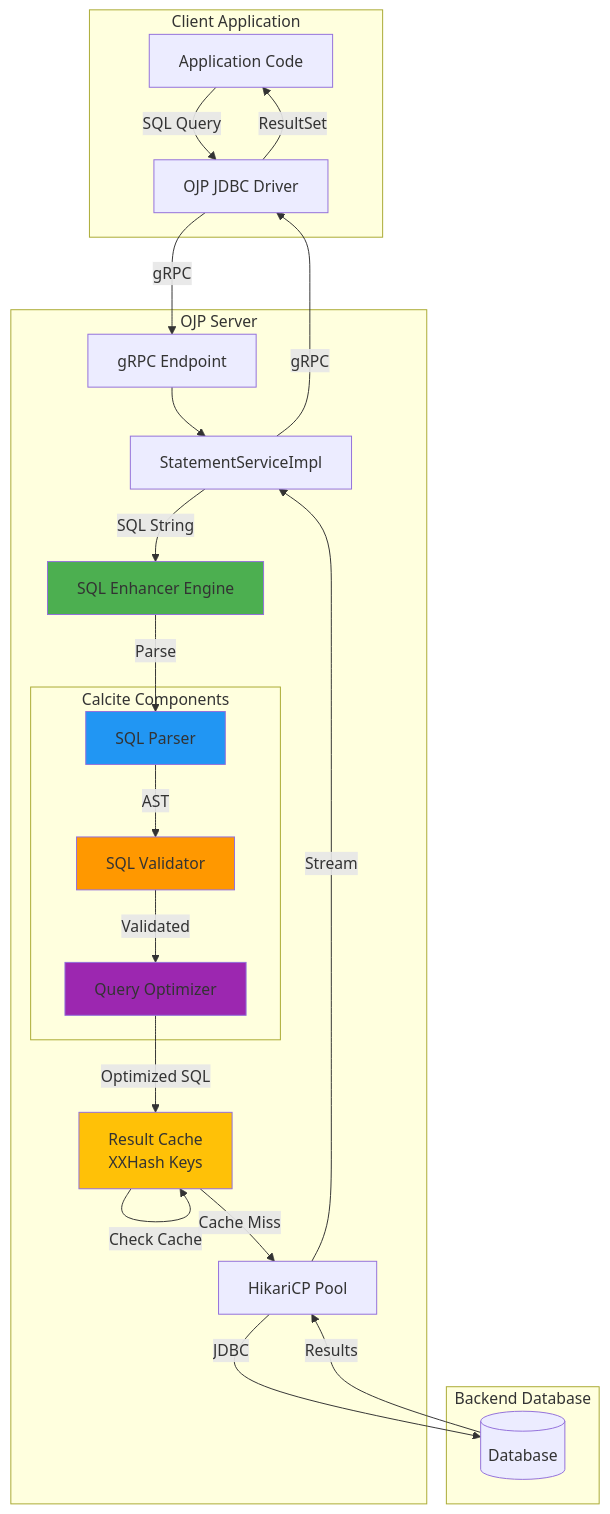
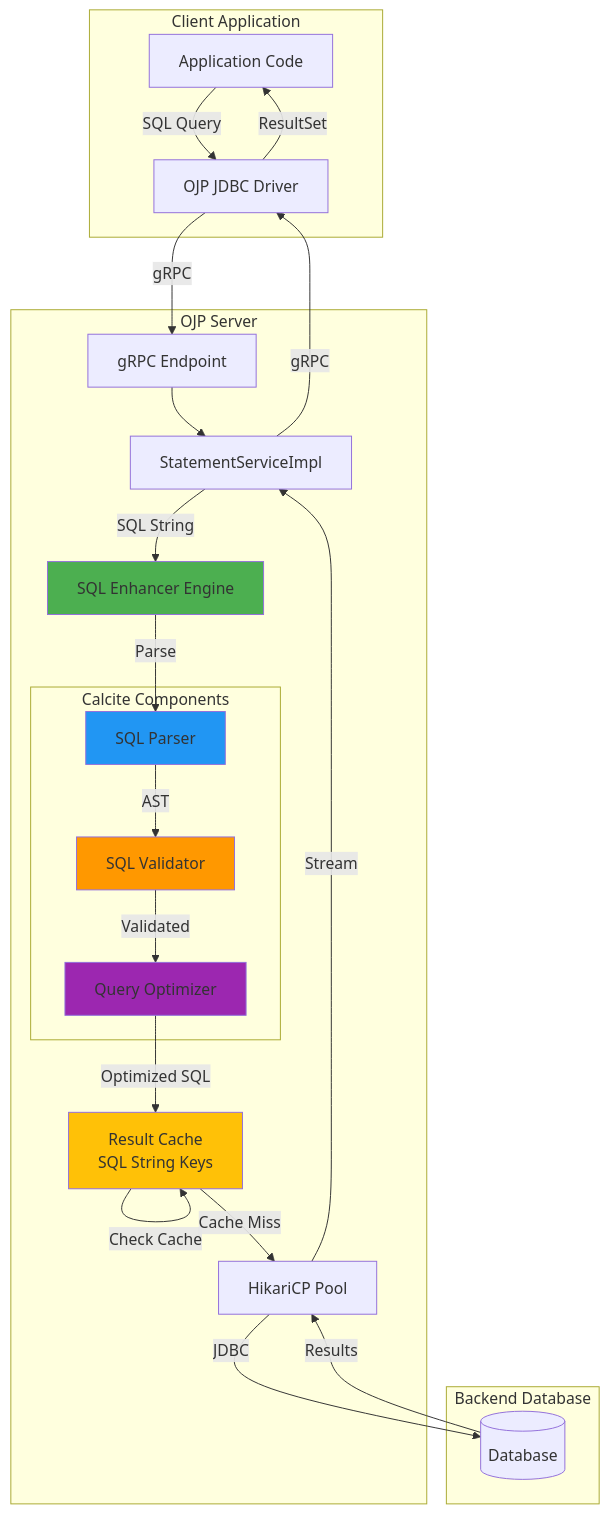
The first of 2 diagrams in documents/articles/calcite-sql-enhancer-deep-dive.md (Open-JDBC-Proxy/ojp), drawn with Mermaid before and after one commit. The commit also changed other lines of this file, not shown here.

Commit message:
Address feedback on Calcite article: remove XXHash, clarify implementation status, add sources

````diff
--- a/documents/articles/calcite-sql-enhancer-deep-dive.md
+++ b/documents/articles/calcite-sql-enhancer-deep-dive.md
@@ -157,46 +159,46 @@
 ```mermaid
 graph TB
     subgraph "Client Application"
         APP[Application Code]
         OJPDRIVER[OJP JDBC Driver]
     end
     
     subgraph "OJP Server"
         GRPC[gRPC Endpoint]
         STMT[StatementServiceImpl]
         ENHANCER[SQL Enhancer Engine]
         subgraph "Calcite Components"
             PARSER[SQL Parser]
             VALIDATOR[SQL Validator]
             OPTIMIZER[Query Optimizer]
         end
-        CACHE[Result Cache<br/>XXHash Keys]
+        CACHE[Result Cache<br/>SQL String Keys]
         POOL[HikariCP Pool]
     end
     
     subgraph "Backend Database"
         DB[(Database)]
     end
     
     APP -->|SQL Query| OJPDRIVER
     OJPDRIVER -->|gRPC| GRPC
     GRPC --> STMT
     STMT -->|SQL String| ENHANCER
     ENHANCER -->|Parse| PARSER
     PARSER -->|AST| VALIDATOR
     VALIDATOR -->|Validated| OPTIMIZER
     OPTIMIZER -->|Optimized SQL| CACHE
     CACHE -->|Check Cache| CACHE
     CACHE -->|Cache Miss| POOL
     POOL -->|JDBC| DB
     DB -->|Results| POOL
     POOL -->|Stream| STMT
     STMT -->|gRPC| OJPDRIVER
     OJPDRIVER -->|ResultSet| APP
     
     style ENHANCER fill:#4CAF50
     style PARSER fill:#2196F3
     style VALIDATOR fill:#FF9800
     style OPTIMIZER fill:#9C27B0
     style CACHE fill:#FFC107
 ```
````
